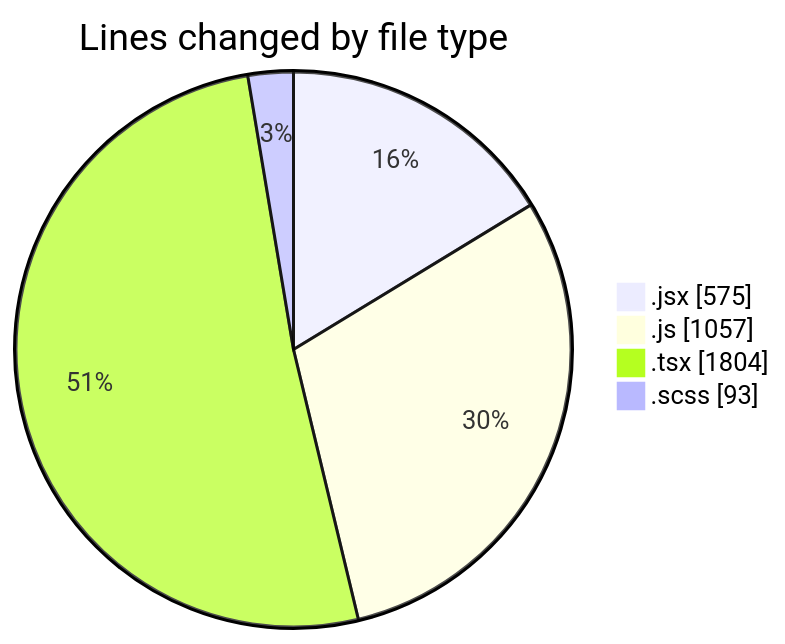
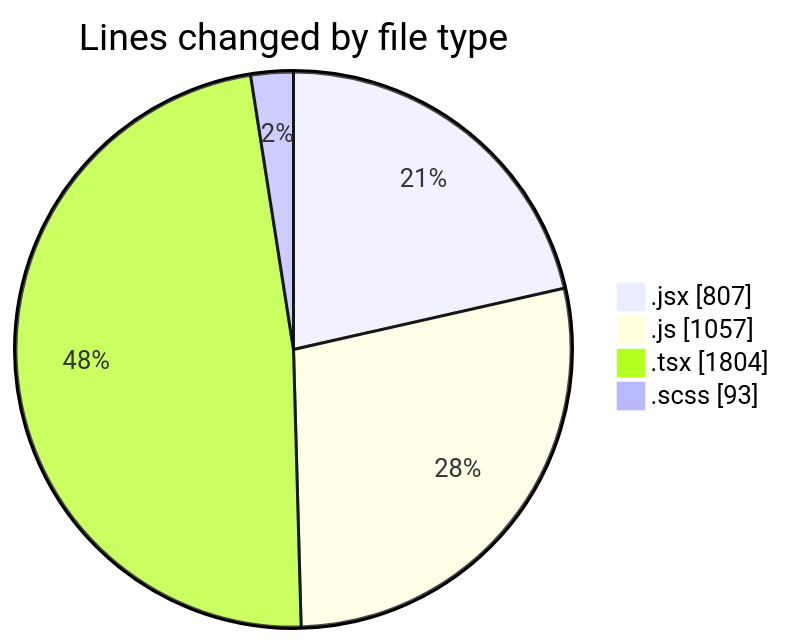
Before and after one commit to momahboobian/code-tracking: the first of 2 diagrams in 2026-02-12/cda/README.md, drawn with Mermaid. The commit also changed other lines of this file and 1 other file, not shown here.

````diff
--- a/2026-02-12/cda/README.md
+++ b/2026-02-12/cda/README.md
@@ -31,8 +32,8 @@
 ```mermaid
 pie showData
 title Lines changed by file type
-".jsx" : 575
+".jsx" : 807
 ".js" : 1057
 ".tsx" : 1804
 ".scss" : 93
 ```
````
